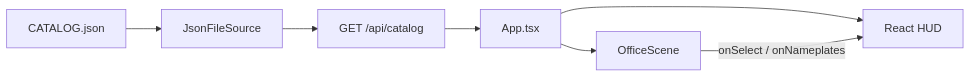
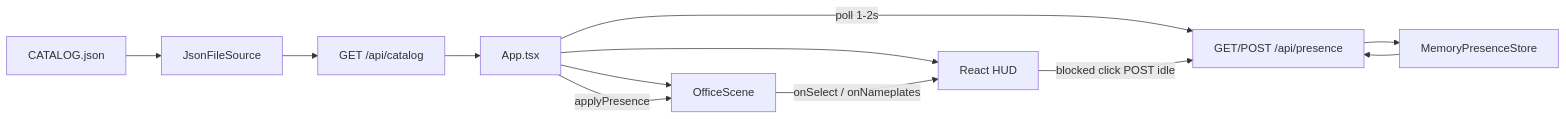
One commit to 0x00pluto/evo-pixel-staff-office changed the diagram in docs/dev-guide.md. Above: the diagram before and after it, drawn with Mermaid. The commit also changed other lines of this file and 26 other files, not shown here.

Commit message:
更新说明 新增 跨机实时出勤：POST/GET /api/presence（内存表；working 10 分钟 / blocked 1 小时分态 TTL；可选 Bearer） 工牌三态标记：干活齿轮、需要老板信封；summary 变化时稀疏冒泡（同时最多 3 条） 点黄灯工牌/小人已读灭黄；活锁强制回工位（blocked 停 fidget） 详情卡「此刻」状态 +「消息」全文与时间；PRD-00007 验收为 accepted（R0） 优化 气泡改为白胶囊 + 淡出；工牌更贴近小人 因果站位（咖啡/打印）按站位边自动朝向机身，避免对角平局误朝北 修复 （无单独缺陷修复条目；朝向修正见上）

````diff
--- a/docs/dev-guide.md
+++ b/docs/dev-guide.md
@@ -77,16 +79,23 @@
 ```mermaid
 flowchart LR
   catalogJson["CATALOG.json"]
   source["JsonFileSource"]
   api["GET /api/catalog"]
+  presenceApi["GET/POST /api/presence"]
+  store["MemoryPresenceStore"]
   app["App.tsx"]
   game["OfficeScene"]
   hud["React HUD"]
 
   catalogJson --> source
   source --> api
   api --> app
+  presenceApi --> store
+  store --> presenceApi
+  app -->|"poll 1-2s"| presenceApi
   app --> game
   app --> hud
   game -->|"onSelect / onNameplates"| hud
+  app -->|"applyPresence"| game
+  hud -->|"blocked click POST idle"| presenceApi
 ```
````
